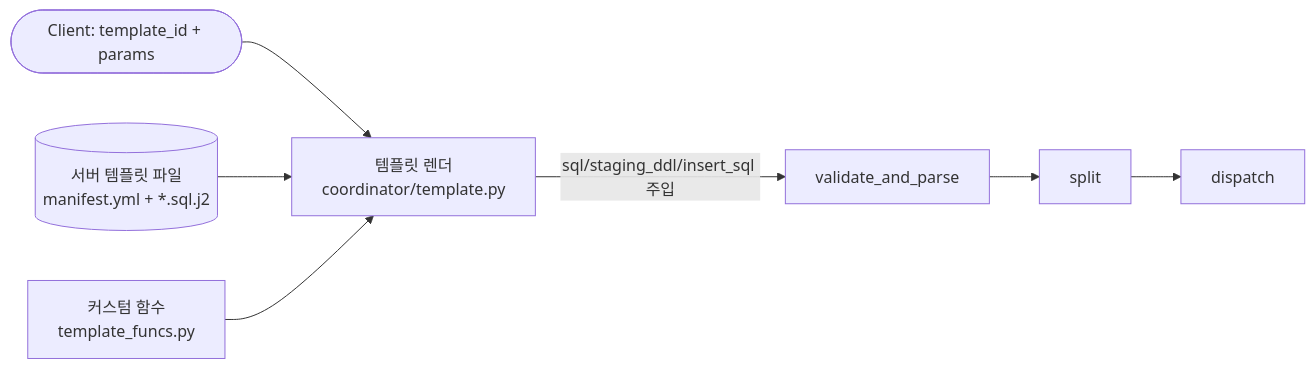
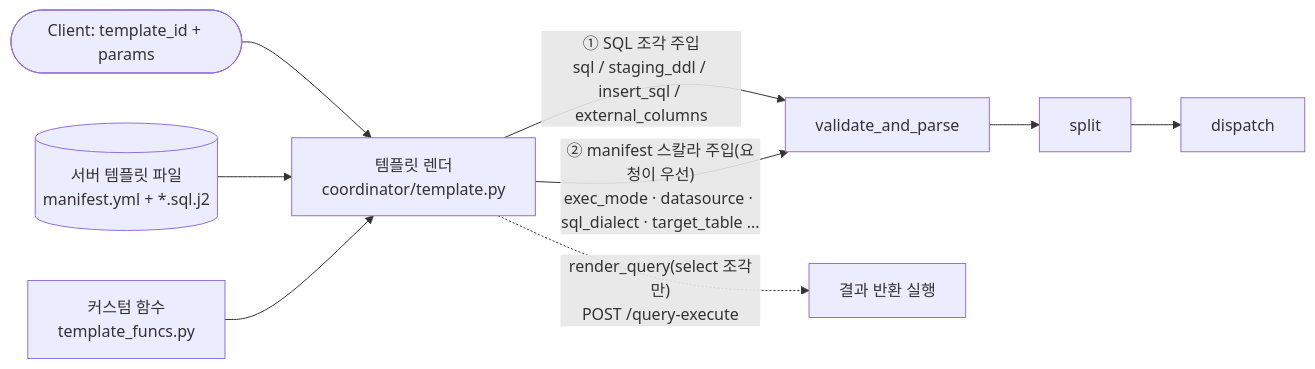
The diagram in docs/images/design-11.mmd (DataDynamics/distributed-query-executor), drawn with Mermaid before and after one commit. The commit also changed 5 other files, not shown here.

First line of the commit message:
문서 그림: DESIGN 나머지 다이어그램을 코드와 재대조해 3개 갱신

```diff
--- a/docs/images/design-11.mmd
+++ b/docs/images/design-11.mmd
@@ -1,6 +1,8 @@
 flowchart LR
     C([Client: template_id + params]) --> R[템플릿 렌더<br/>coordinator/template.py]
     T[(서버 템플릿 파일<br/>manifest.yml + *.sql.j2)] --> R
     F[커스텀 함수<br/>template_funcs.py] --> R
-    R -->|sql/staging_ddl/insert_sql 주입| V[validate_and_parse]
+    R -->|"① SQL 조각 주입<br/>sql / staging_ddl / insert_sql / external_columns"| V[validate_and_parse]
+    R -->|"② manifest 스칼라 주입(요청이 우선)<br/>exec_mode · datasource · sql_dialect · target_table ..."| V
     V --> S[split] --> D[dispatch]
+    R -. "render_query(select 조각만)<br/>POST /query-execute" .-> QE[결과 반환 실행]
```
